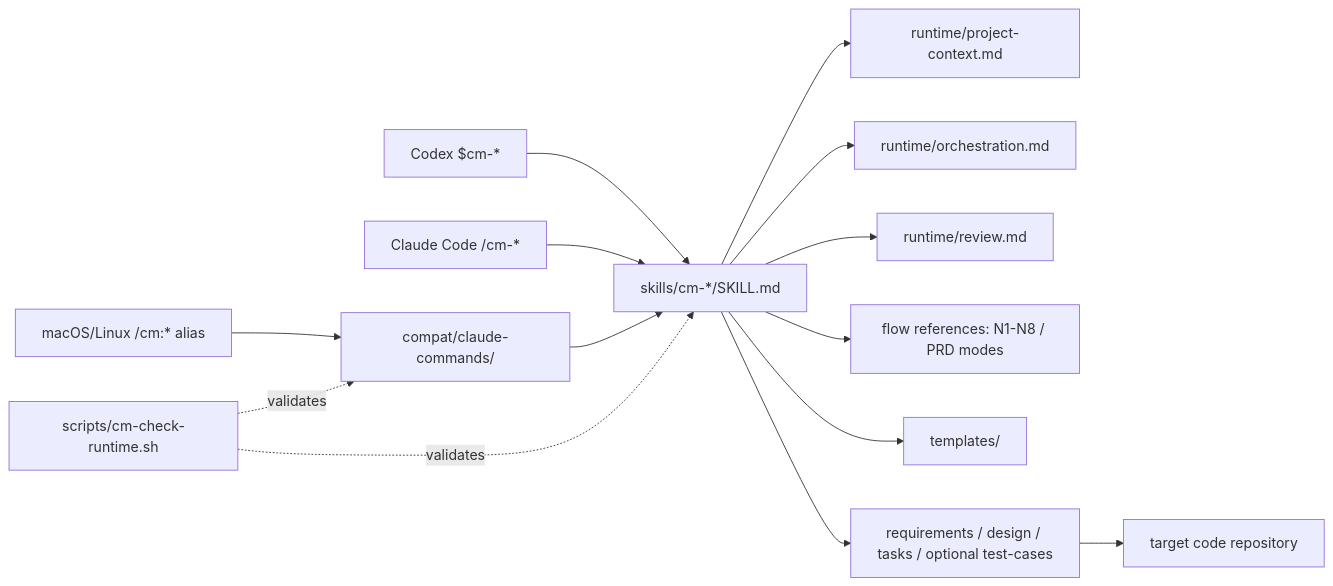
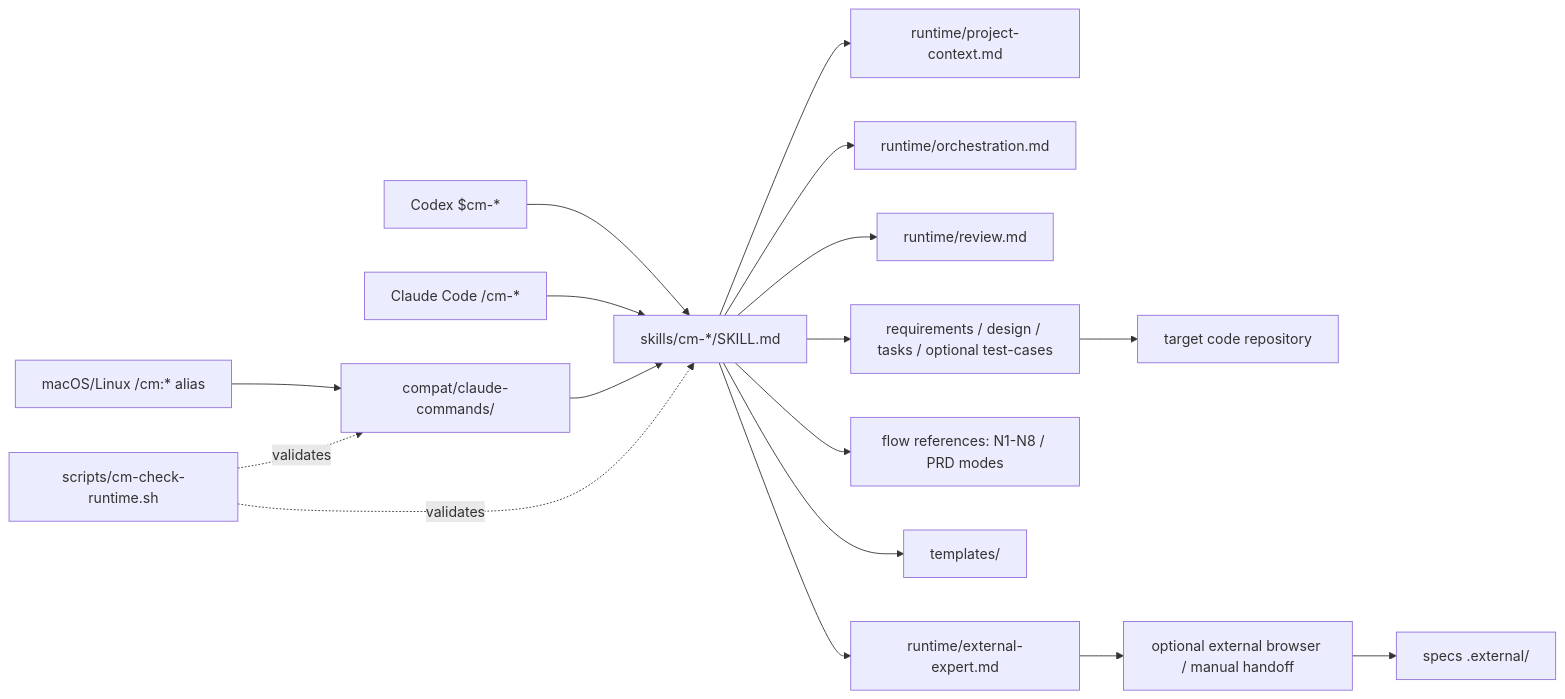
Before and after one commit to kingxiaozhe/cm-workflow: the diagram in docs/architecture.md, drawn with Mermaid. The commit also changed other lines of this file and 31 other files, not shown here.

First line of the commit message:
v0.10.2: 新增 External Expert 外部专家与智能分流

````diff
--- a/docs/architecture.md
+++ b/docs/architecture.md
@@ -5,16 +5,19 @@
 ```mermaid
 flowchart LR
     Codex["Codex $cm-*"] --> Skills["skills/cm-*/SKILL.md"]
     Claude["Claude Code /cm-*"] --> Skills
     Legacy["macOS/Linux /cm:* alias"] --> Wrappers["compat/claude-commands/"]
     Wrappers --> Skills
     Skills --> Context["runtime/project-context.md"]
     Skills --> Orchestration["runtime/orchestration.md"]
     Skills --> Review["runtime/review.md"]
+    Skills --> External["runtime/external-expert.md"]
     Skills --> References["flow references: N1-N8 / PRD modes"]
     Skills --> Templates["templates/"]
     Skills --> Specs["requirements / design / tasks / optional test-cases"]
     Specs --> Target["target code repository"]
+    External --> Provider["optional external browser / manual handoff"]
+    Provider --> ExternalEvidence["specs .external/"]
     Check["scripts/cm-check-runtime.sh"] -. validates .-> Skills
     Check -. validates .-> Wrappers
 ```
````
